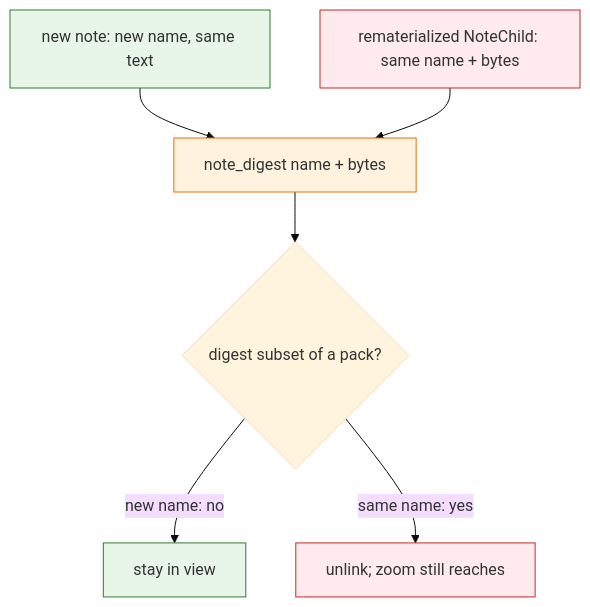
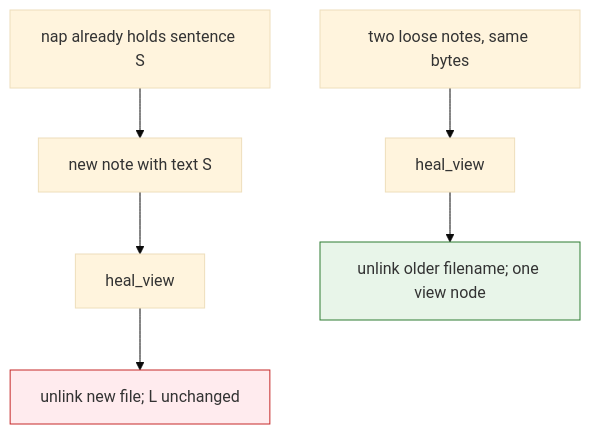
The diagram in memory-bank/active/tasks.md (Texarkanine/SumMem), drawn with Mermaid (base theme) before and after one commit. The commit also changed other lines of this file and 14 other files, not shown here.

````diff
--- a/memory-bank/active/tasks.md
+++ b/memory-bank/active/tasks.md
@@ -15,12 +15,11 @@
 ```mermaid
 graph TD
     classDef keep fill:#e8f5e9,stroke:#2e7d32;
     classDef drop fill:#ffebee,stroke:#c62828;
-    classDef ident fill:#fff3e0,stroke:#ef6c00;
 
-    New["new note: new name, same text"]:::keep --> Digest["note_digest name + bytes"]:::ident
-    Packed["rematerialized NoteChild: same name + bytes"]:::drop --> Digest
-    Digest --> Overlap{"digest subset of a pack?"}
-    Overlap -->|"new name: no"| Stay["stay in view"]:::keep
-    Overlap -->|"same name: yes"| Unlink["unlink; zoom still reaches"]:::drop
+    Packed["nap already holds sentence S"] --> New["new note with text S"]
+    New --> Heal["heal_view"]
+    Heal --> DropNew["unlink new file; L unchanged"]:::drop
+    Two["two loose notes, same bytes"] --> Heal2["heal_view"]
+    Heal2 --> KeepNewer["unlink older filename; one view node"]:::keep
 ```
````
